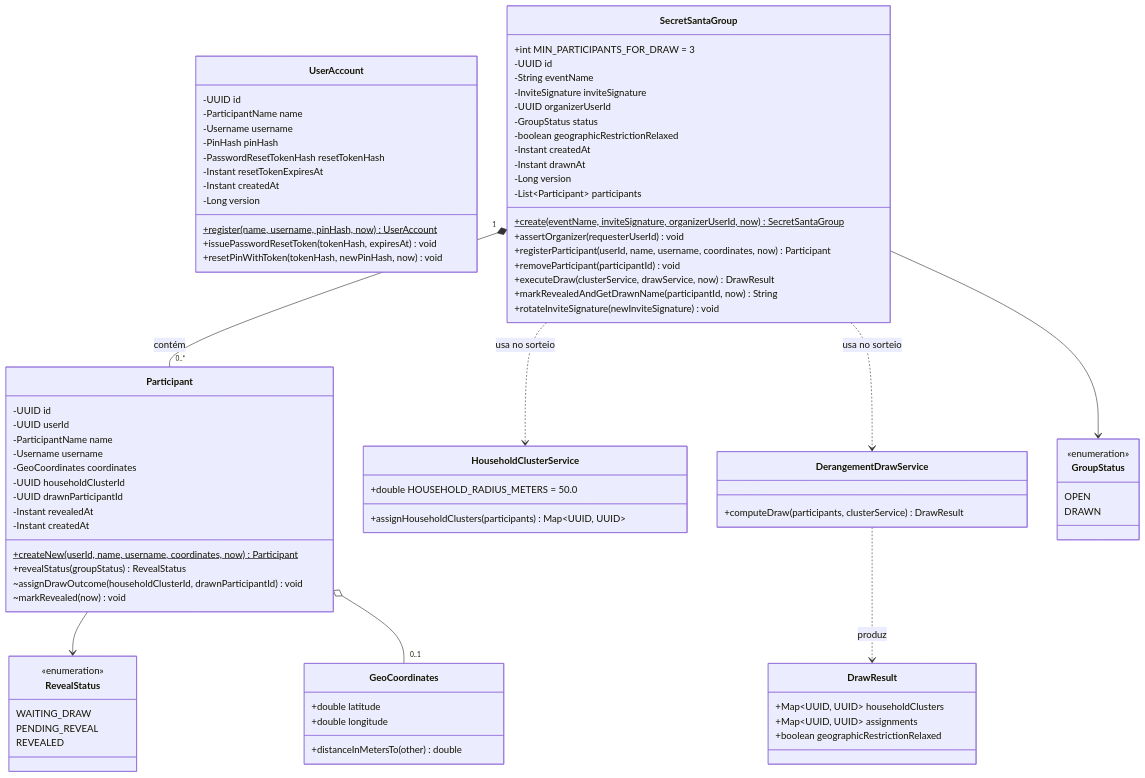
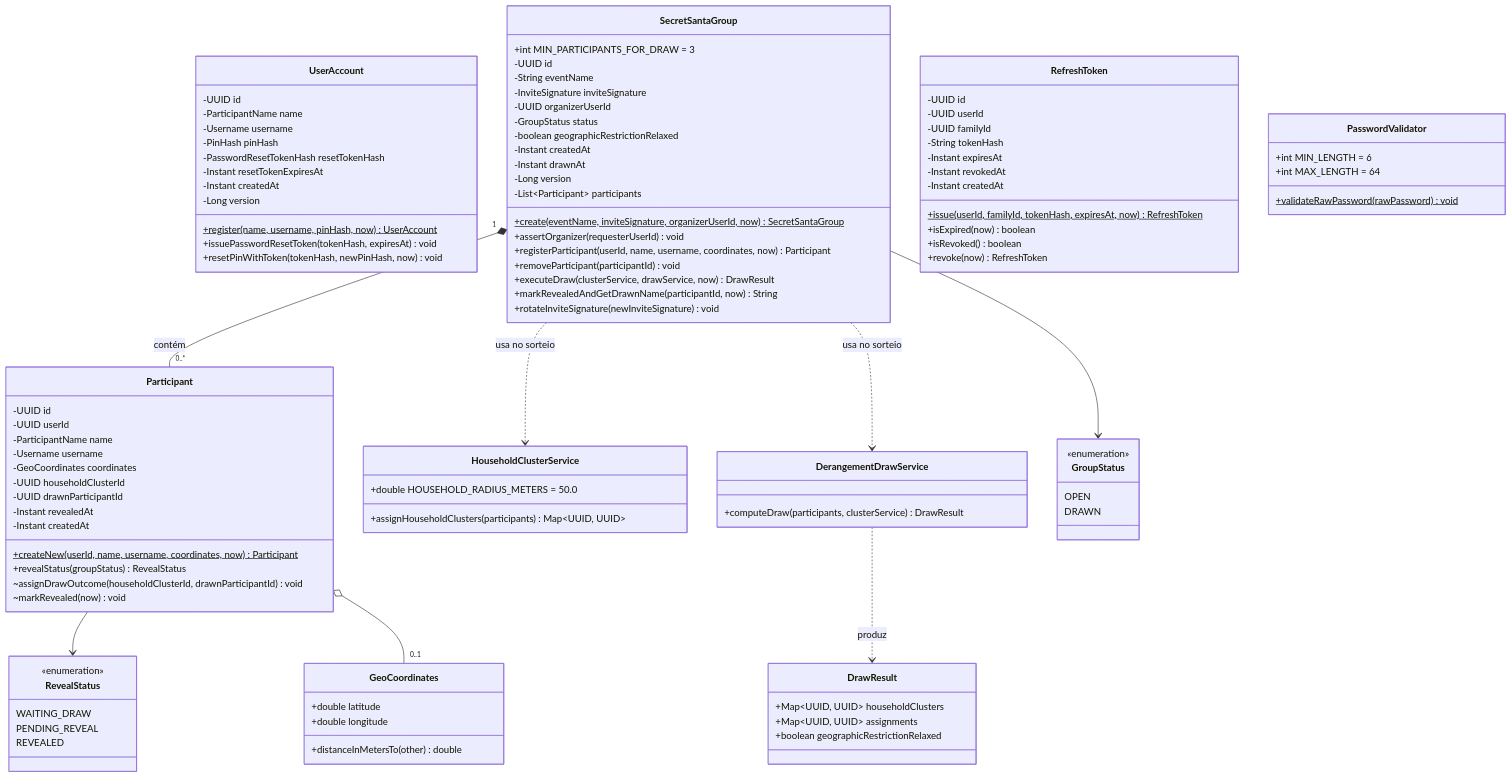
The first of 4 diagrams in docs/modelo-dominio-e-dados.md (tiaggofg/secret-santa), drawn with Mermaid before and after one commit. The commit also changed other lines of this file and 54 other files, not shown here.

```diff
--- a/docs/modelo-dominio-e-dados.md
+++ b/docs/modelo-dominio-e-dados.md
@@ -93,6 +93,26 @@
         REVEALED
     }
 
+    class RefreshToken {
+        -UUID id
+        -UUID userId
+        -UUID familyId
+        -String tokenHash
+        -Instant expiresAt
+        -Instant revokedAt
+        -Instant createdAt
+        +issue(userId, familyId, tokenHash, expiresAt, now)$ RefreshToken
+        +isExpired(now) boolean
+        +isRevoked() boolean
+        +revoke(now) RefreshToken
+    }
+
+    class PasswordValidator {
+        +int MIN_LENGTH = 6
+        +int MAX_LENGTH = 64
+        +validateRawPassword(rawPassword)$ void
+    }
+
     SecretSantaGroup "1" *-- "0..*" Participant : contém
     SecretSantaGroup --> GroupStatus
     Participant --> RevealStatus
```
